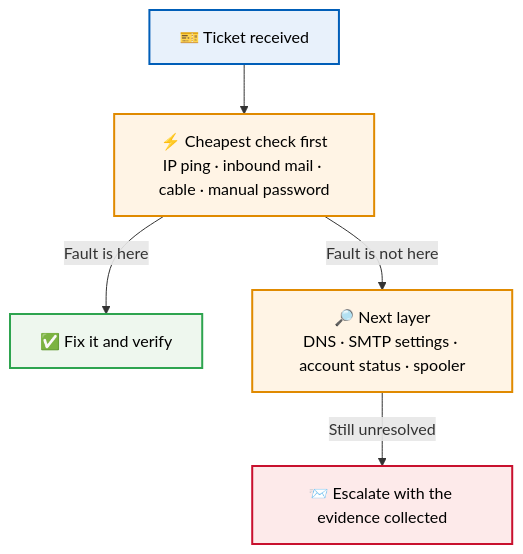
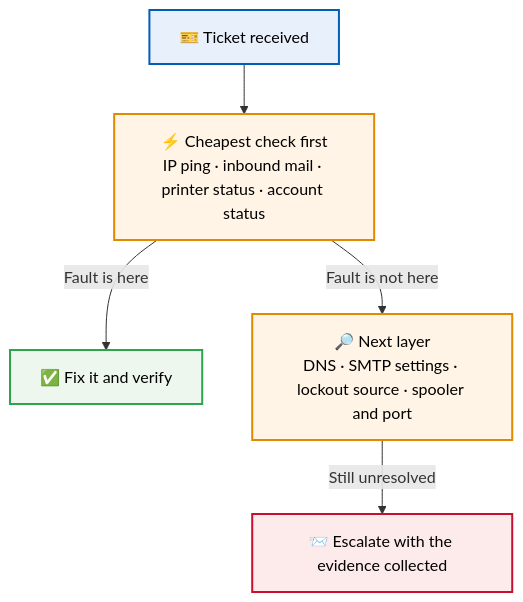
One commit to malaika-azhar/Customer-Tech-Support-Portfolio changed the fourth of 5 diagrams in 01-Video-knowledge-base/README.md. Above: the diagram before and after it, drawn with Mermaid. The commit also changed other lines of this file, not shown here.

````diff
--- a/01-Video-knowledge-base/README.md
+++ b/01-Video-knowledge-base/README.md
@@ -251,12 +250,12 @@
 ```mermaid
 flowchart TD
-    A["🎫 Ticket received"]:::start --> B["⚡ Cheapest check first<br/>IP ping · inbound mail · cable · manual password"]:::work
+    A["🎫 Ticket received"]:::start --> B["⚡ Cheapest check first<br/>IP ping · inbound mail · printer status · account status"]:::work
     B -->|Fault is here| C["✅ Fix it and verify"]:::good
-    B -->|Fault is not here| D["🔎 Next layer<br/>DNS · SMTP settings · account status · spooler"]:::work
+    B -->|Fault is not here| D["🔎 Next layer<br/>DNS · SMTP settings · lockout source · spooler and port"]:::work
     D -->|Still unresolved| E["📨 Escalate with the evidence collected"]:::bad
 
     classDef start fill:#e8f1fb,stroke:#005EB8,stroke-width:2px,color:#000
     classDef work fill:#fff4e5,stroke:#e08a00,stroke-width:2px,color:#000
     classDef good fill:#eef7ee,stroke:#2ea44f,stroke-width:2px,color:#000
     classDef bad fill:#fdeaea,stroke:#C8102E,stroke-width:2px,color:#000
 ```
````
